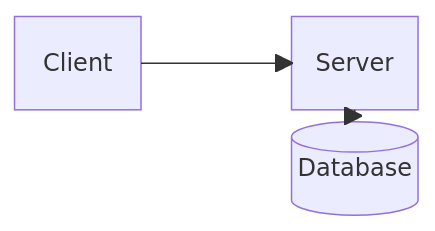
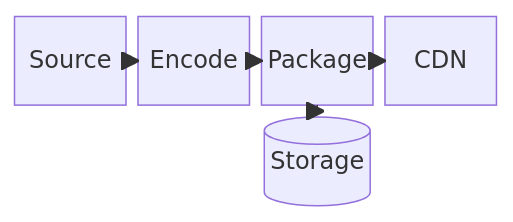
One commit to dkdev24/pele-animate changed the fifth of 11 diagrams in docs/diagram-types.md. Above: the diagram before and after it, drawn with Mermaid. The commit also changed other lines of this file and 2 other files, not shown here.

First line of the commit message:
docs: richer diagram-type examples with story pins; journey steps at narrow widths

````diff
--- a/docs/diagram-types.md
+++ b/docs/diagram-types.md
@@ -123,9 +143,11 @@
 ```mermaid live
 block-beta
-  columns 3
-  %% pa: 1=client 2=server 3=db
-  client["Client"] space server["Server"]
-  space space db[("Database")]
-  client --> server
-  server --> db
+  columns 4
+  %% pa: 1=src 2=enc 3=pkg 4=cdn 5=store
+  src["Source"] enc["Encode"] pkg["Package"] cdn["CDN"]
+  space space store[("Storage")] space
+  src --> enc
+  enc --> pkg
+  pkg --> cdn
+  pkg --> store
 ```
````
